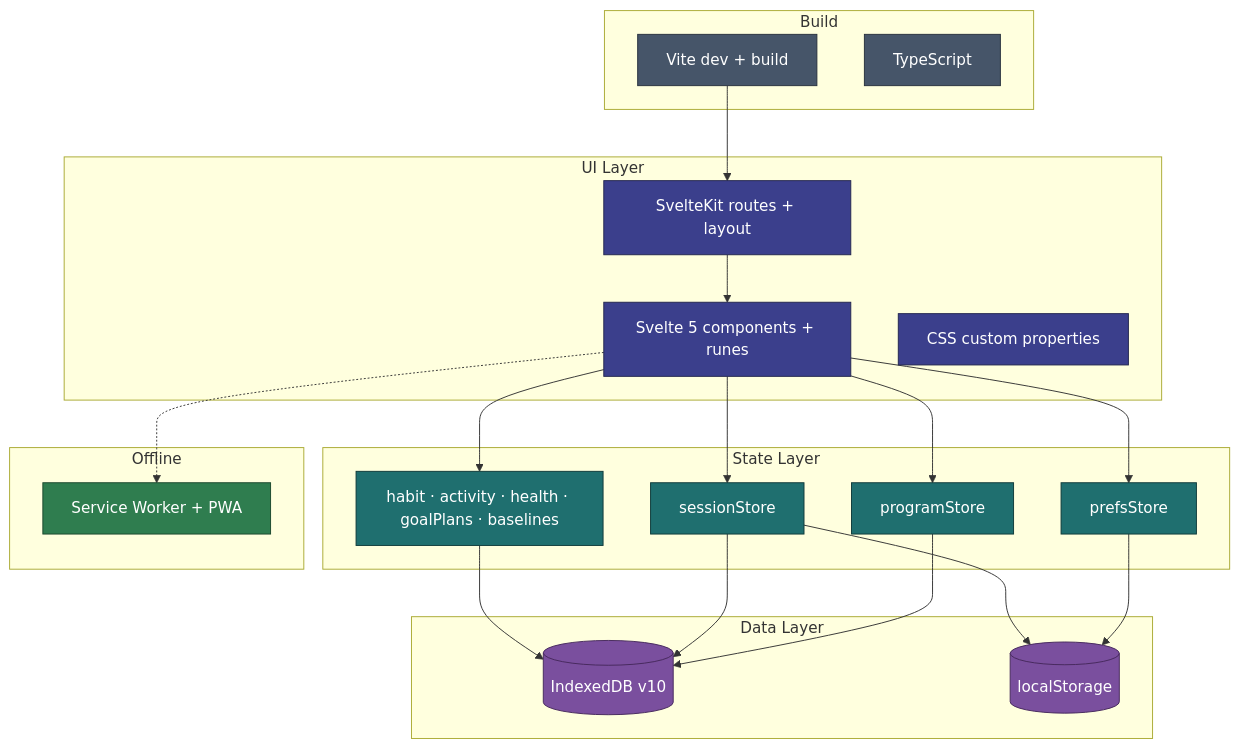
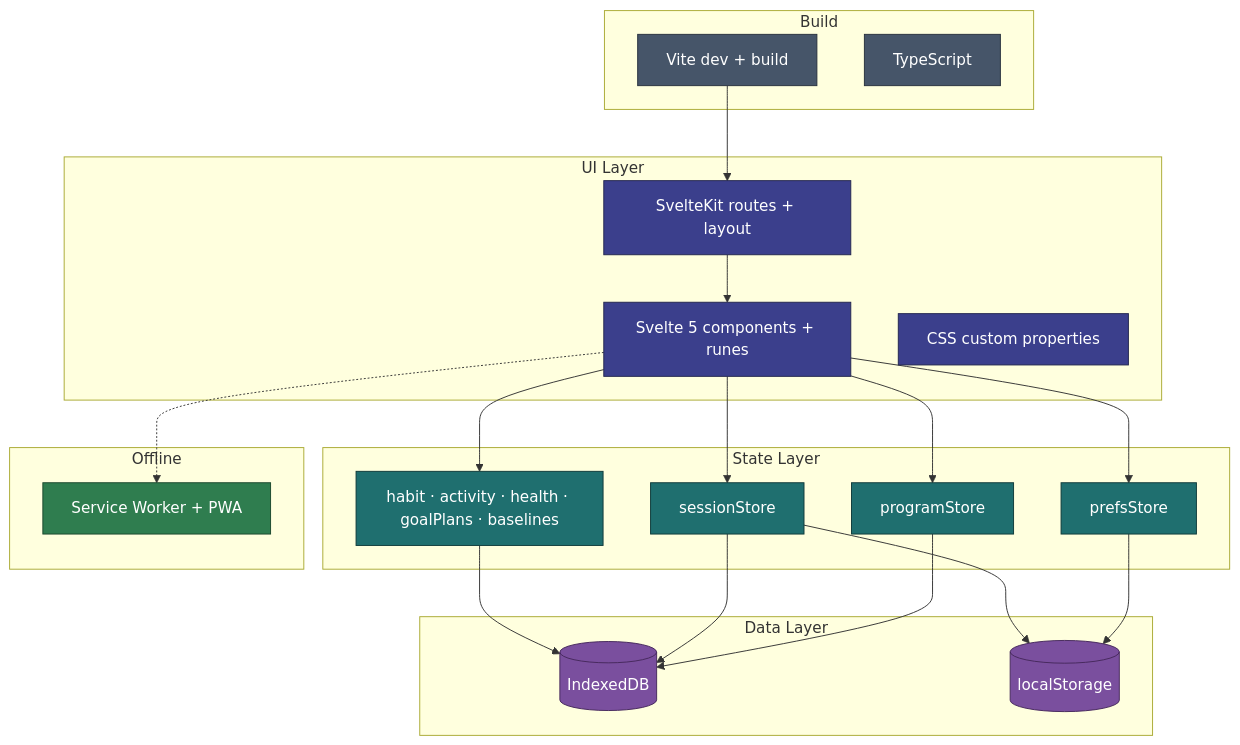
One commit to jermbo/CosmicWorkOut changed the diagram in docs/architecture/tech-stack.md. Above: the diagram before and after it, drawn with Mermaid. The commit also changed other lines of this file and 74 other files, not shown here.

````diff
--- a/docs/architecture/tech-stack.md
+++ b/docs/architecture/tech-stack.md
@@ -5,47 +7,47 @@
 ```mermaid
 flowchart TB
     subgraph ui ["UI Layer"]
         SK[SvelteKit routes + layout]
         SV[Svelte 5 components + runes]
         CSS[CSS custom properties]
     end
 
     subgraph state ["State Layer"]
         PS[programStore]
         SS[sessionStore]
         PR[prefsStore]
         HS[habit · activity · health · goalPlans · baselines]
     end
 
     subgraph data ["Data Layer"]
-        IDB[("IndexedDB v10")]
+        IDB[("IndexedDB")]
         LS[("localStorage")]
     end
 
     subgraph build ["Build"]
         Vite[Vite dev + build]
         TS[TypeScript]
     end
 
     subgraph offline ["Offline"]
         SW[Service Worker + PWA]
     end
 
     SK --> SV --> PS & SS & PR & HS
     PS & SS & HS --> IDB
     PR --> LS
     SS --> LS
     Vite --> SK
     SV -.-> SW
 
     classDef ui fill:#3b3f8c,stroke:#23264f,color:#ffffff;
     classDef state fill:#1f6f6f,stroke:#0f3a3a,color:#ffffff;
     classDef data fill:#7a4f9e,stroke:#46295c,color:#ffffff;
     classDef build fill:#465569,stroke:#28313e,color:#ffffff;
     classDef offline fill:#2f7d4f,stroke:#1a472d,color:#ffffff;
     class SK,SV,CSS ui;
     class PS,SS,PR,HS state;
     class IDB,LS data;
     class Vite,TS build;
     class SW offline;
 ```
````
